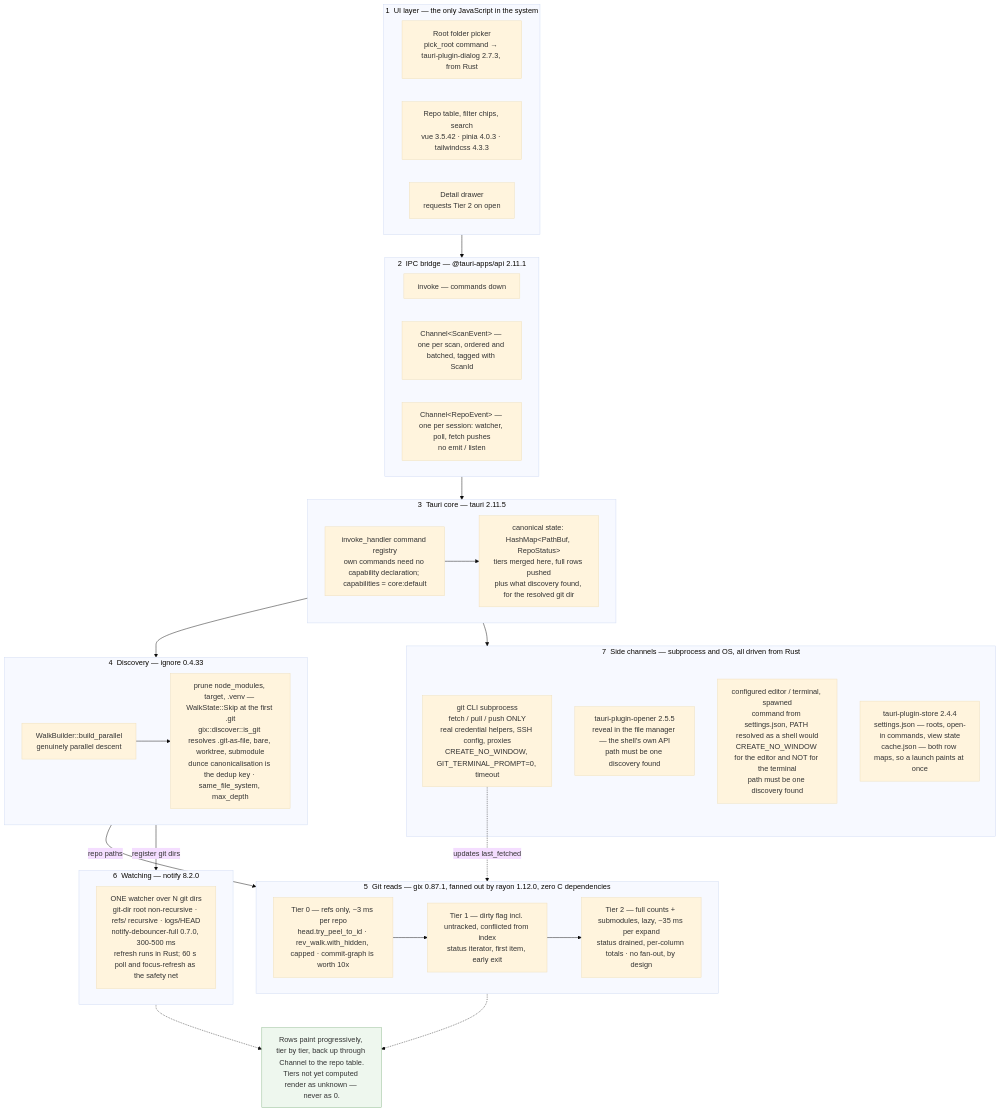
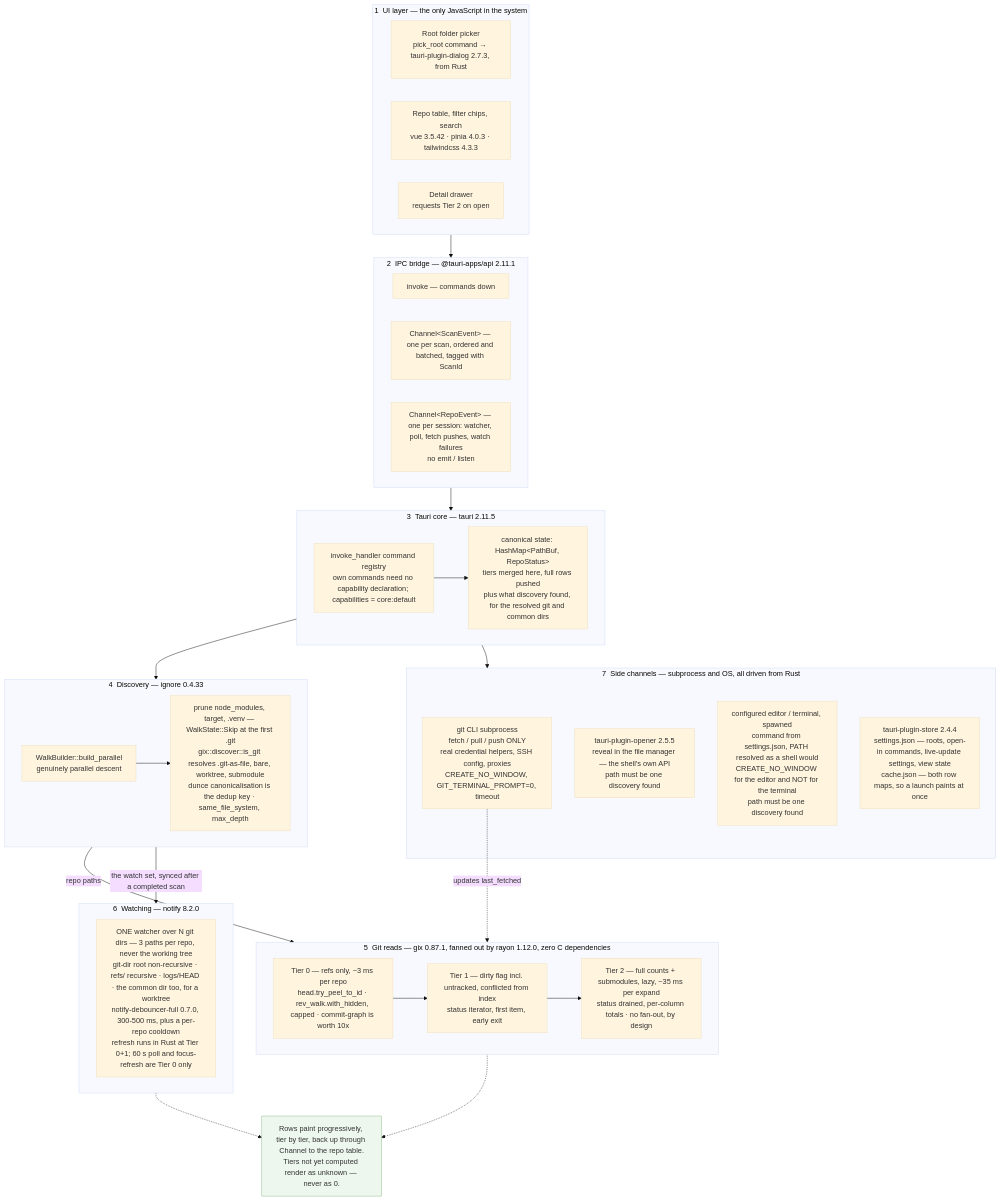
The diagram in README.md (b-meyer/repo-viewer), drawn with Mermaid (base theme) before and after one commit. The commit also changed other lines of this file and 29 other files, not shown here.

````diff
--- a/README.md
+++ b/README.md
@@ -29,59 +31,59 @@
 ```mermaid
 flowchart TB
     subgraph L1["1 &nbsp;UI layer &mdash; the only JavaScript in the system"]
         L1A["Root folder picker<br/>pick_root command &rarr; tauri-plugin-dialog 2.7.3, from Rust"]
         L1B["Repo table, filter chips, search<br/>vue 3.5.42 &middot; pinia 4.0.3 &middot; tailwindcss 4.3.3"]
         L1C["Detail drawer<br/>requests Tier 2 on open"]
     end
 
     subgraph L2["2 &nbsp;IPC bridge &mdash; @tauri-apps/api 2.11.1"]
         L2A["invoke &mdash; commands down"]
         L2B["Channel&lt;ScanEvent&gt; &mdash; one per scan, ordered and batched, tagged with ScanId"]
-        L2C["Channel&lt;RepoEvent&gt; &mdash; one per session: watcher, poll, fetch pushes<br/>no emit / listen"]
+        L2C["Channel&lt;RepoEvent&gt; &mdash; one per session: watcher, poll, fetch pushes, watch failures<br/>no emit / listen"]
     end
 
     subgraph L3["3 &nbsp;Tauri core &mdash; tauri 2.11.5"]
         L3A["invoke_handler command registry<br/>own commands need no capability declaration; capabilities = core:default"]
-        L3B["canonical state: HashMap&lt;PathBuf, RepoStatus&gt;<br/>tiers merged here, full rows pushed<br/>plus what discovery found, for the resolved git dir"]
+        L3B["canonical state: HashMap&lt;PathBuf, RepoStatus&gt;<br/>tiers merged here, full rows pushed<br/>plus what discovery found, for the resolved git and common dirs"]
     end
 
     subgraph L4["4 &nbsp;Discovery &mdash; ignore 0.4.33"]
         L4A["WalkBuilder::build_parallel<br/>genuinely parallel descent"]
         L4B["prune node_modules, target, .venv &mdash; WalkState::Skip at the first .git<br/>gix::discover::is_git resolves .git-as-file, bare, worktree, submodule<br/>dunce canonicalisation is the dedup key &middot; same_file_system, max_depth"]
     end
 
     subgraph L5["5 &nbsp;Git reads &mdash; gix 0.87.1, fanned out by rayon 1.12.0, zero C dependencies"]
         L5A["Tier 0 &mdash; refs only, ~3 ms per repo<br/>head.try_peel_to_id &middot; rev_walk.with_hidden, capped &middot; commit-graph is worth 10x"]
         L5B["Tier 1 &mdash; dirty flag incl. untracked, conflicted from index<br/>status iterator, first item, early exit"]
         L5C["Tier 2 &mdash; full counts + submodules, lazy, ~35 ms per expand<br/>status drained, per-column totals &middot; no fan-out, by design"]
     end
 
     subgraph L6["6 &nbsp;Watching &mdash; notify 8.2.0"]
-        L6A["ONE watcher over N git dirs<br/>git-dir root non-recursive &middot; refs/ recursive &middot; logs/HEAD<br/>notify-debouncer-full 0.7.0, 300-500 ms<br/>refresh runs in Rust; 60 s poll and focus-refresh as the safety net"]
+        L6A["ONE watcher over N git dirs &mdash; 3 paths per repo, never the working tree<br/>git-dir root non-recursive &middot; refs/ recursive &middot; logs/HEAD &middot; the common dir too, for a worktree<br/>notify-debouncer-full 0.7.0, 300-500 ms, plus a per-repo cooldown<br/>refresh runs in Rust at Tier 0+1; 60 s poll and focus-refresh are Tier 0 only"]
     end
 
     subgraph L7["7 &nbsp;Side channels &mdash; subprocess and OS, all driven from Rust"]
         L7A["git CLI subprocess<br/>fetch / pull / push ONLY<br/>real credential helpers, SSH config, proxies<br/>CREATE_NO_WINDOW, GIT_TERMINAL_PROMPT=0, timeout"]
         L7B["tauri-plugin-opener 2.5.5<br/>reveal in the file manager &mdash; the shell's own API<br/>path must be one discovery found"]
         L7C["configured editor / terminal, spawned<br/>command from settings.json, PATH resolved as a shell would<br/>CREATE_NO_WINDOW for the editor and NOT for the terminal<br/>path must be one discovery found"]
-        L7D["tauri-plugin-store 2.4.4<br/>settings.json &mdash; roots, open-in commands, view state<br/>cache.json &mdash; both row maps, so a launch paints at once"]
+        L7D["tauri-plugin-store 2.4.4<br/>settings.json &mdash; roots, open-in commands, live-update settings, view state<br/>cache.json &mdash; both row maps, so a launch paints at once"]
     end
 
     OUT["Rows paint progressively, tier by tier, back up through Channel to the repo table.<br/>Tiers not yet computed render as unknown &mdash; never as 0."]
 
     L1 --> L2
     L2 --> L3
     L3A --> L3B
     L3 --> L4
     L3 --> L7
     L4A --> L4B
     L4 -->|"repo paths"| L5
-    L4 -->|"register git dirs"| L6
+    L4 -->|"the watch set, synced after a completed scan"| L6
     L5A --> L5B
     L5B --> L5C
     L5 -.-> OUT
     L6 -.-> OUT
     L7A -.->|"updates last_fetched"| L5
 
     style OUT fill:#eef7ee,stroke:#8bb88b
 ```
````
